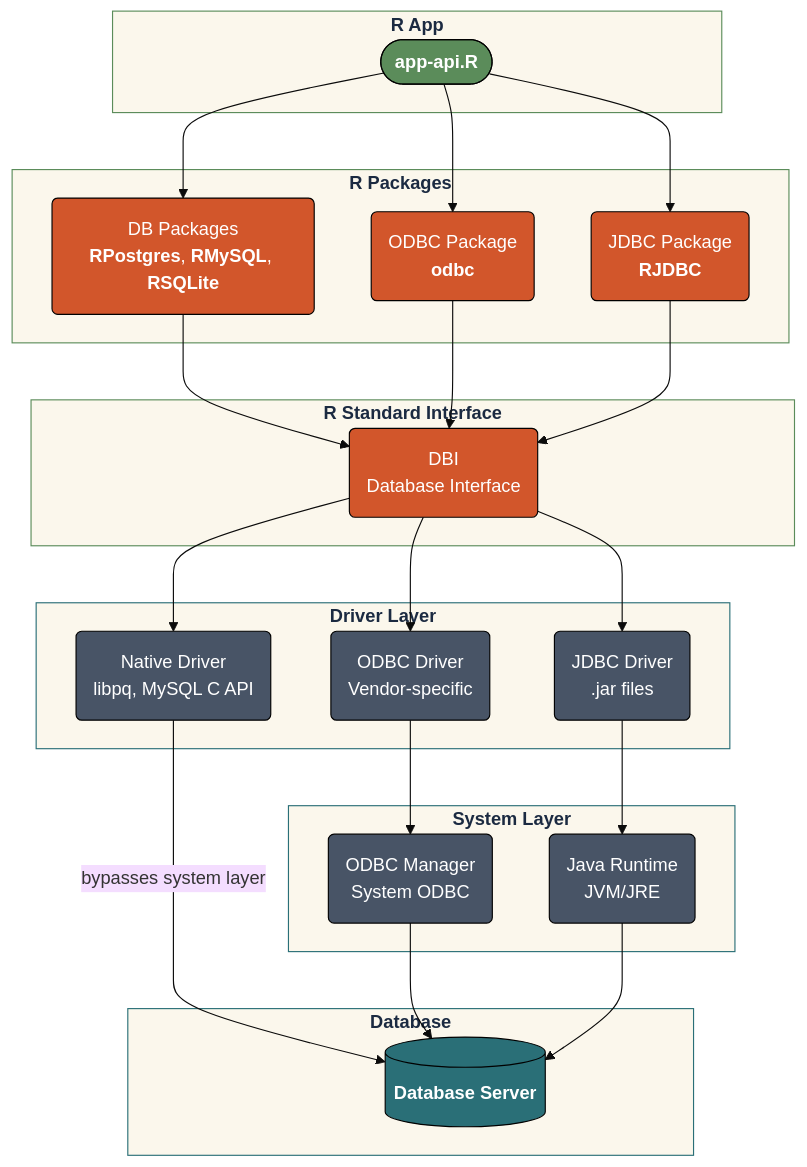
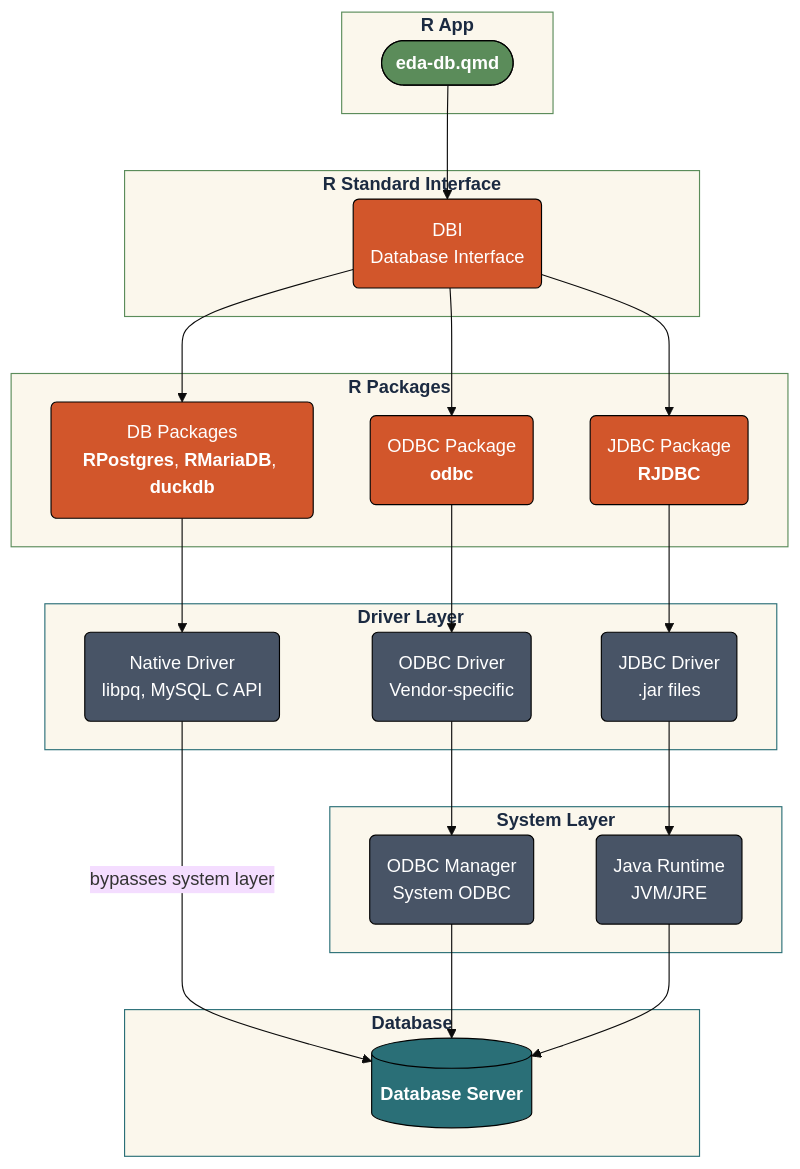
The second of 7 diagrams in lab03.qmd (mjfrigaard/do4ds-labs), drawn with Mermaid before and after one commit. The commit also changed other lines of this file and 15 other files, not shown here.

Commit message:
Review lab03, py-app-api, r-app-api, plumber, plumber2: fact fixes, real output, lab 3 model, new screenshots

```diff
--- a/lab03.qmd
+++ b/lab03.qmd
@@ -142,22 +140,22 @@
 
 graph TB
     subgraph RApp["<strong>R App</strong>"]
-        A(["<strong>app-api.R</strong>"])
+        A(["<strong>eda-db.qmd</strong>"])
     end
 
     
+    subgraph DBI["<strong>R Standard Interface</strong>"]
+        E("DBI<br>Database Interface")
+    end
+
     subgraph RPkgs["<strong>R Packages</strong>"]
-        B("DB Packages<br><strong>RPostgres</strong>, <strong>RMySQL</strong>, <strong>RSQLite</strong>")
+        B("DB Packages<br><strong>RPostgres</strong>, <strong>RMariaDB</strong>, <strong>duckdb</strong>")
         C("ODBC Package<br><strong>odbc</strong>")
         D("JDBC Package<br><strong>RJDBC</strong>")
     end
 
     %%% Tints of #35605a
     
-    subgraph DBI["<strong>R Standard Interface</strong>"]
-        E("DBI<br>Database Interface")
-    end
-
     %% Tints of #6b818c
 
     
@@ -181,24 +179,22 @@
 
     
     %% All paths go through DBI
-    A --> B
-    A --> C  
-    A --> D
-    B --> E
-    C --> E
-    D --> E
+    A --> E
+    E --> B
+    E --> C
+    E --> D
     
     %% Direct pathway (bypasses system layer)
-    E --> F
+    B --> F
     F --"bypasses system layer"--> K
     
     %% ODBC pathway  
-    E --> G
+    C --> G
     G --> I
     I --> K
     
     %% JDBC pathway
-    E --> H
+    D --> H
     H --> J
     J --> K
     style RApp fill:#fbf7ec,stroke:#5B8C5A,color:#1B2A41
```
